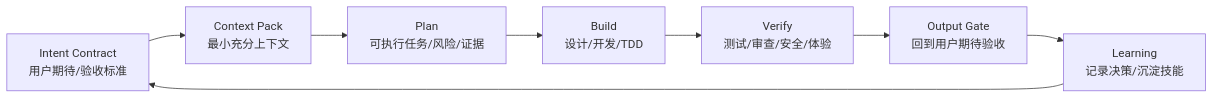
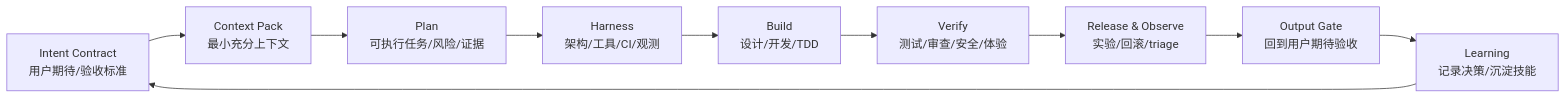
One commit to tiantangcao1980-web/Super-Skill changed the diagram in docs/agentic-development-model.md. Above: the diagram before and after it, drawn with Mermaid. The commit also changed other lines of this file and 19 other files, not shown here.

````diff
--- a/docs/agentic-development-model.md
+++ b/docs/agentic-development-model.md
@@ -7,10 +7,12 @@
 ```mermaid
 flowchart LR
   A["Intent Contract<br/>用户期待/验收标准"] --> B["Context Pack<br/>最小充分上下文"]
   B --> C["Plan<br/>可执行任务/风险/证据"]
-  C --> D["Build<br/>设计/开发/TDD"]
-  D --> E["Verify<br/>测试/审查/安全/体验"]
-  E --> F["Output Gate<br/>回到用户期待验收"]
-  F --> G["Learning<br/>记录决策/沉淀技能"]
-  G --> A
+  C --> D["Harness<br/>架构/工具/CI/观测"]
+  D --> E["Build<br/>设计/开发/TDD"]
+  E --> F["Verify<br/>测试/审查/安全/体验"]
+  F --> G["Release & Observe<br/>实验/回滚/triage"]
+  G --> H["Output Gate<br/>回到用户期待验收"]
+  H --> I["Learning<br/>记录决策/沉淀技能"]
+  I --> A
 ```
````
